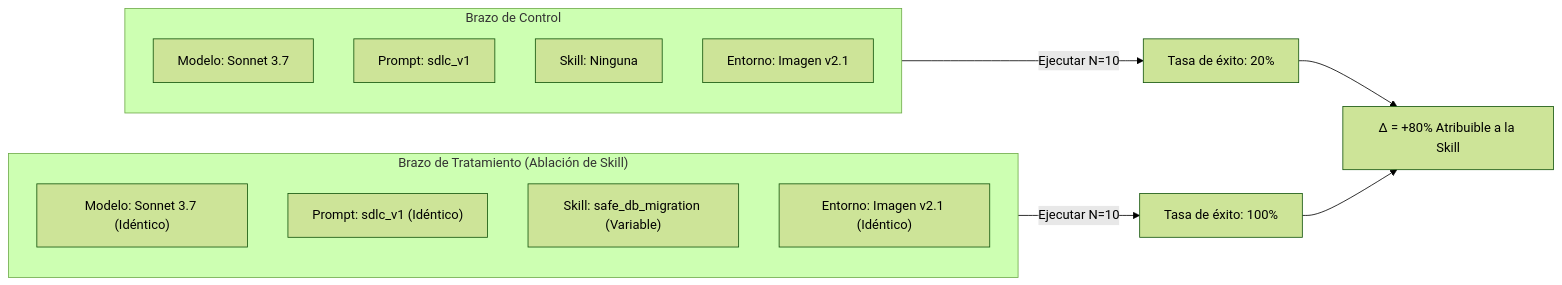
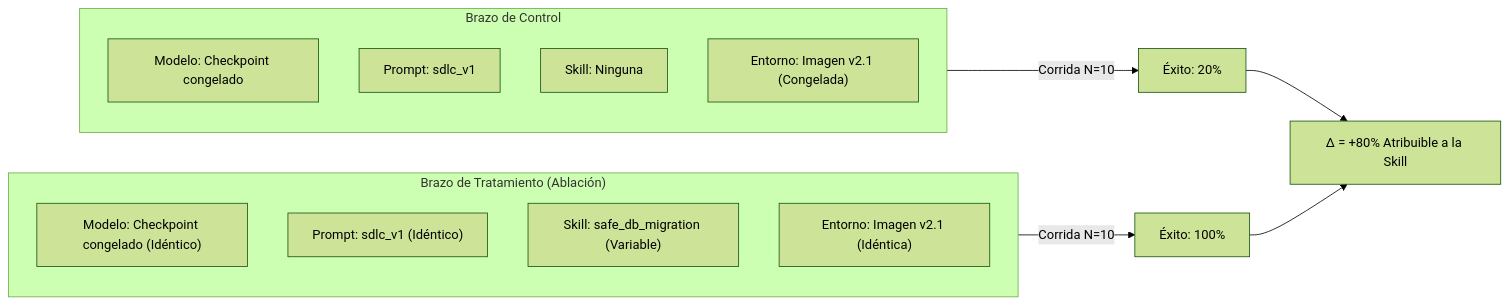
Before and after one commit to marcosdh1987/harness-engineering-guide: the second of 2 diagrams in docs/es/evaluation/experimental-validity-and-ablations.md, drawn with Mermaid (forest theme). The commit also changed other lines of this file and 120 other files, not shown here.

````diff
--- a/docs/es/evaluation/experimental-validity-and-ablations.md
+++ b/docs/es/evaluation/experimental-validity-and-ablations.md
@@ -36,20 +62,20 @@
 ```mermaid
 flowchart LR
     subgraph Control["Brazo de Control"]
-        C_M["Modelo: Sonnet 3.7"]
+        C_M["Modelo: Checkpoint congelado"]
         C_H["Prompt: sdlc_v1"]
         C_S["Skill: Ninguna"]
-        C_E["Entorno: Imagen v2.1"]
+        C_E["Entorno: Imagen v2.1 (Congelada)"]
     end
 
-    subgraph Treatment["Brazo de Tratamiento (Ablación de Skill)"]
-        T_M["Modelo: Sonnet 3.7 (Idéntico)"]
+    subgraph Treatment["Brazo de Tratamiento (Ablación)"]
+        T_M["Modelo: Checkpoint congelado (Idéntico)"]
         T_H["Prompt: sdlc_v1 (Idéntico)"]
         T_S["Skill: safe_db_migration (Variable)"]
-        T_E["Entorno: Imagen v2.1 (Idéntico)"]
+        T_E["Entorno: Imagen v2.1 (Idéntica)"]
     end
 
-    Control -->|"Ejecutar N=10"| RES_C["Tasa de éxito: 20%"]
-    Treatment -->|"Ejecutar N=10"| RES_T["Tasa de éxito: 100%"]
+    Control -->|"Corrida N=10"| RES_C["Éxito: 20%"]
+    Treatment -->|"Corrida N=10"| RES_T["Éxito: 100%"]
     RES_C & RES_T --> DIFF["Δ = +80% Atribuible a la Skill"]
 ```
````
